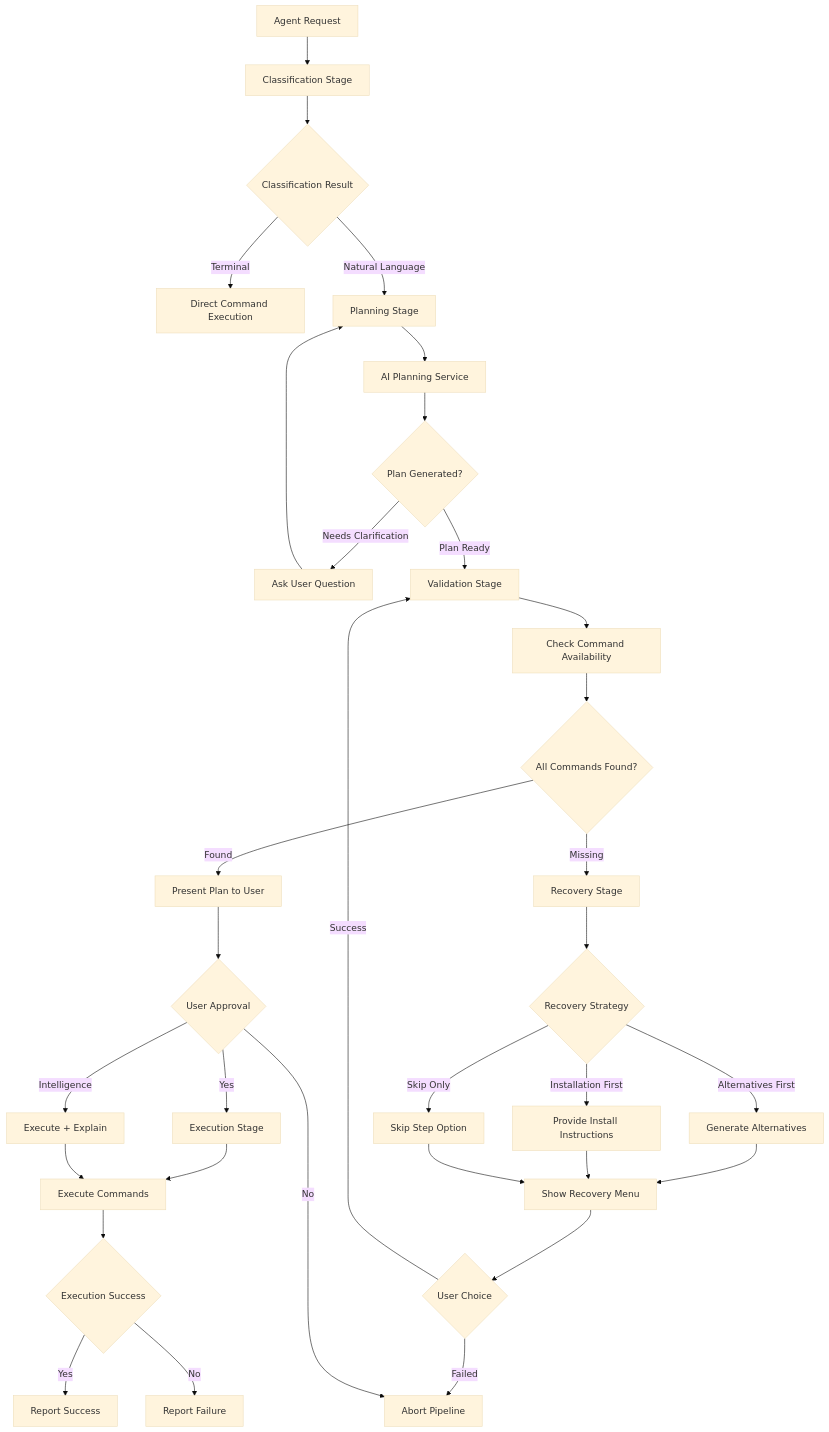
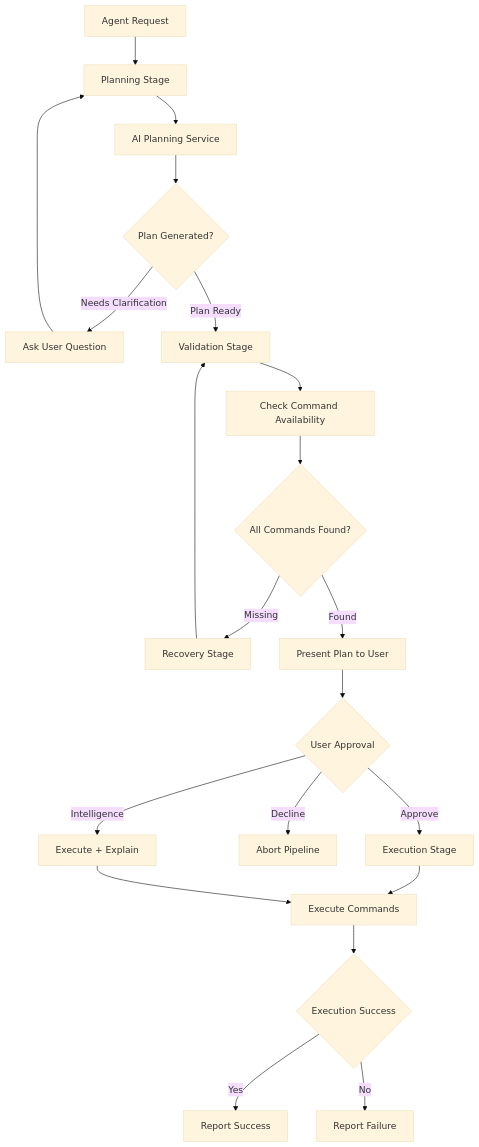
The fifth of 5 diagrams in documentation/architecture-overview.md (bitrifttech/li), drawn with Mermaid (base theme) before and after one commit. The commit also changed other lines of this file and 19 other files, not shown here.

Commit message:
Removed classify and command line install

````diff
--- a/documentation/architecture-overview.md
+++ b/documentation/architecture-overview.md
@@ -402,41 +319,26 @@
 ```mermaid
 flowchart TD
-    A[Agent Request] --> B[Classification Stage]
-    B --> C{Classification Result}
-    C -- Terminal --> D[Direct Command Execution]
-    C -- Natural Language --> E[Planning Stage]
-    
-    E --> F[AI Planning Service]
-    F --> G{Plan Generated?}
-    G -- Needs Clarification --> H[Ask User Question]
-    H --> E
-    G -- Plan Ready --> I[Validation Stage]
-    
-    I --> J[Check Command Availability]
-    J --> K{All Commands Found?}
-    K -- Missing --> L[Recovery Stage]
-    K -- Found --> M[Present Plan to User]
-    
-    L --> N{Recovery Strategy}
-    N -- Alternatives First --> O[Generate Alternatives]
-    N -- Installation First --> P[Provide Install Instructions]
-    N -- Skip Only --> Q[Skip Step Option]
-    
-    O --> R[Show Recovery Menu]
-    P --> R
-    Q --> R
-    R --> S{User Choice}
-    S -- Success --> I
-    S -- Failed --> T[Abort Pipeline]
-    
-    M --> U{User Approval}
-    U -- Yes --> V[Execution Stage]
-    U -- No --> T
-    U -- Intelligence --> W[Execute + Explain]
-    
-    V --> X[Execute Commands]
-    W --> X
-    X --> Y{Execution Success}
-    Y -- Yes --> Z[Report Success]
-    Y -- No --> AA[Report Failure]
+    A[Agent Request] --> B[Planning Stage]
+    B --> C[AI Planning Service]
+    C --> D{Plan Generated?}
+    D -- Needs Clarification --> E[Ask User Question]
+    E --> B
+    D -- Plan Ready --> F[Validation Stage]
+
+    F --> G[Check Command Availability]
+    G --> H{All Commands Found?}
+    H -- Missing --> I[Recovery Stage]
+    I --> F
+    H -- Found --> J[Present Plan to User]
+
+    J --> K{User Approval}
+    K -- Approve --> L[Execution Stage]
+    K -- Decline --> M[Abort Pipeline]
+    K -- Intelligence --> N[Execute + Explain]
+
+    L --> O[Execute Commands]
+    N --> O
+    O --> P{Execution Success}
+    P -- Yes --> Q[Report Success]
+    P -- No --> R[Report Failure]
 ```
````
